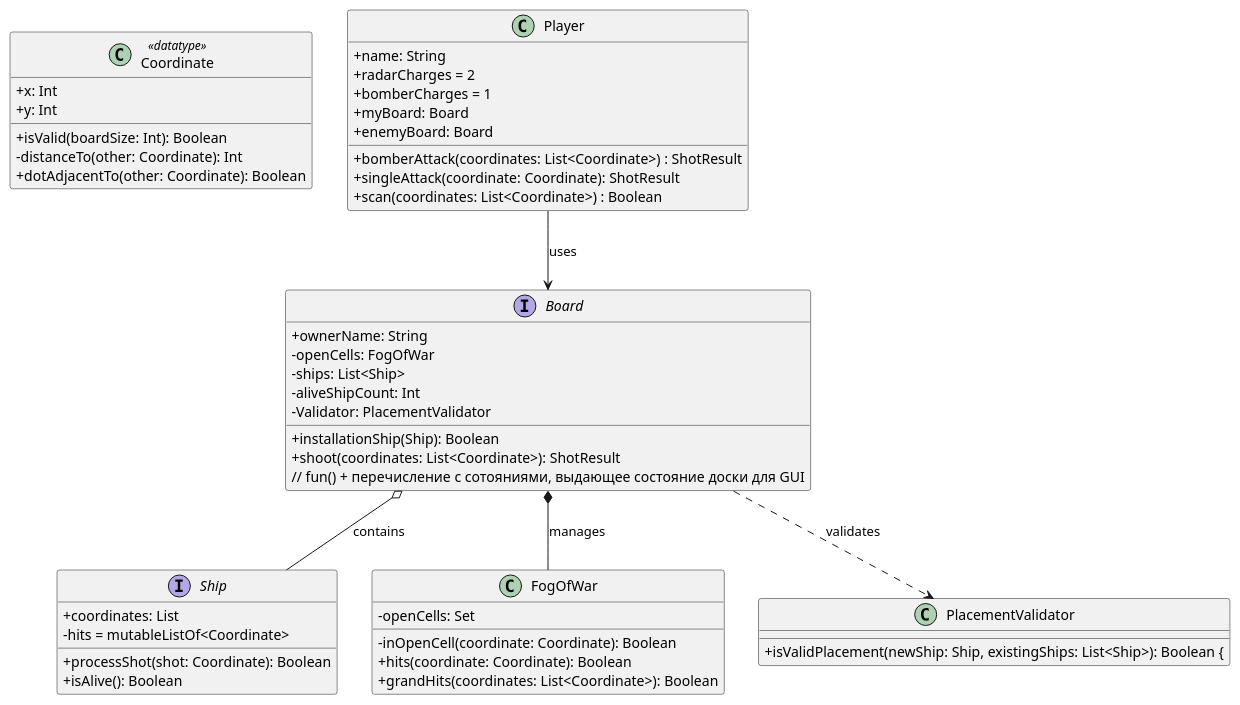
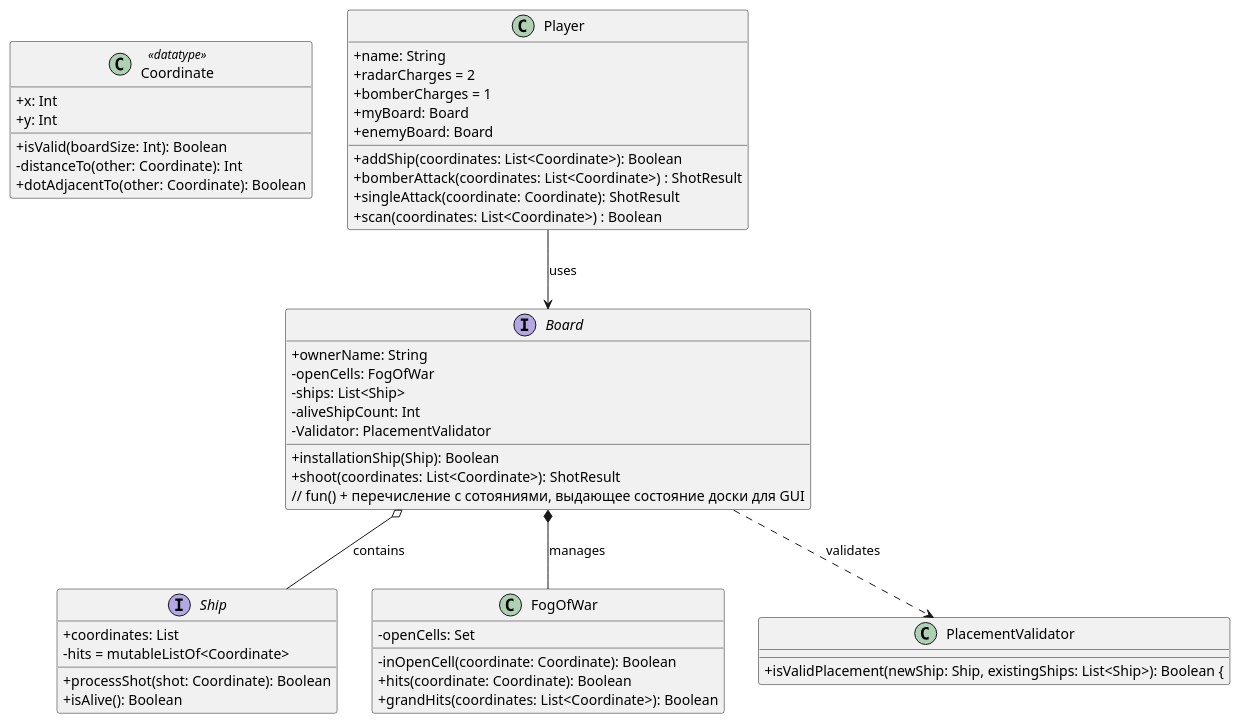
One commit to leonilkuz-13/boardgame_tracker_desktop changed the diagram in src/main/classes/resources/Diagram.puml. Above: the diagram before and after it, drawn with PlantUML. The commit also changed 1 other file, not shown here.

Commit message:
update architecture graph

```diff
--- a/src/main/classes/resources/Diagram.puml
+++ b/src/main/classes/resources/Diagram.puml
@@ -1,61 +1,62 @@
 @startuml
 skinparam classAttributeIconSize 0
 
 class Coordinate <<datatype>> {
   +x: Int
   +y: Int
   +isValid(boardSize: Int): Boolean
   -distanceTo(other: Coordinate): Int
   +dotAdjacentTo(other: Coordinate): Boolean
 }
 
 class Player {
   +name: String
   +radarCharges = 2
   +bomberCharges = 1
   +myBoard: Board
   +enemyBoard: Board
+  +addShip(coordinates: List<Coordinate>): Boolean
   +bomberAttack(coordinates: List<Coordinate>) : ShotResult
   +singleAttack(coordinate: Coordinate): ShotResult
   +scan(coordinates: List<Coordinate>) : Boolean
 }
 
 interface Board {
   +ownerName: String
   -openCells: FogOfWar
   -ships: List<Ship>
   -aliveShipCount: Int
   -Validator: PlacementValidator
   +installationShip(Ship): Boolean
   +shoot(coordinates: List<Coordinate>): ShotResult
   // fun() + перечисление с сотояниями, выдающее состояние доски для GUI
 }
 
 interface Ship {
   +coordinates: List
   +processShot(shot: Coordinate): Boolean
   -hits = mutableListOf<Coordinate>
   +isAlive(): Boolean
 }
 
 class FogOfWar {
   -openCells: Set
   -inOpenCell(coordinate: Coordinate): Boolean
   +hits(coordinate: Coordinate): Boolean
   +grandHits(coordinates: List<Coordinate>): Boolean
 }
 
 class PlacementValidator{
     +isValidPlacement(newShip: Ship, existingShips: List<Ship>): Boolean {
 
 }
 
 
 ' Связи графа
 Player --> Board : uses
 Board *-- FogOfWar : manages
 Board o-- Ship : contains
 Board ..> PlacementValidator: validates
 
 
 @enduml
```
